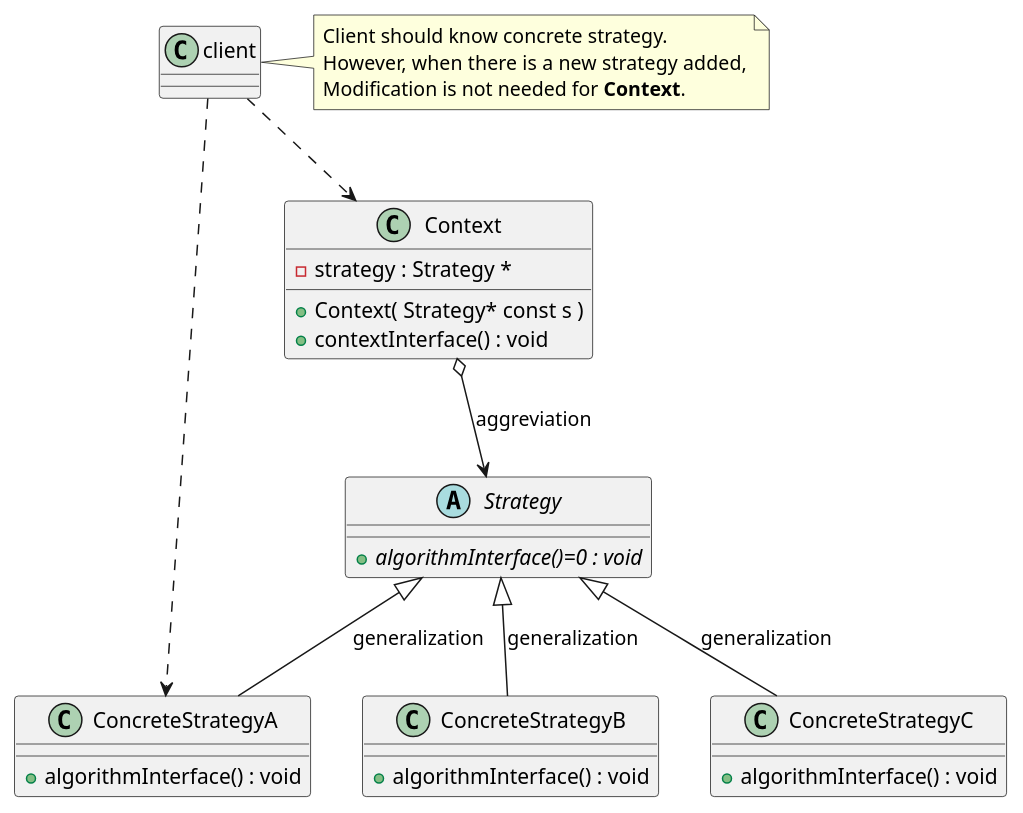
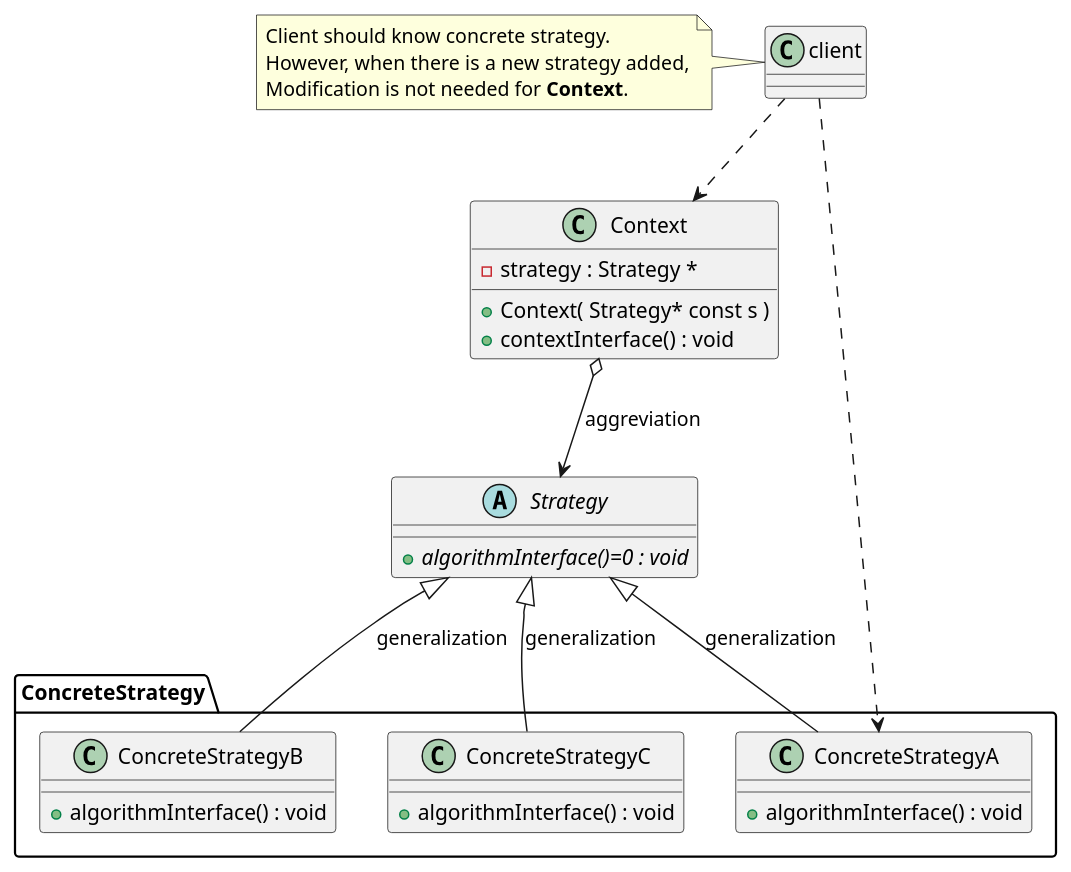
Before and after one commit to flyingman1991/design-patterns-cpp: the diagram in strategy/StrategyPattern.puml, drawn with PlantUML. The commit also changed 5 other files, not shown here.

```diff
--- a/strategy/StrategyPattern.puml
+++ b/strategy/StrategyPattern.puml
@@ -1,42 +1,44 @@
 @startuml StrategyPattern
 
 skinparam BackgroundColor transparent
 
 abstract Strategy {
     + {abstract} algorithmInterface()=0 : void
 }
 
-class ConcreteStrategyA {
+package ConcreteStrategy {
+    class ConcreteStrategyA {
     + algorithmInterface() : void
 }
 
-class ConcreteStrategyB {
-    + algorithmInterface() : void
-}
+    class ConcreteStrategyB {
+        + algorithmInterface() : void
+    }
 
-class ConcreteStrategyC {
-    + algorithmInterface() : void
+    class ConcreteStrategyC {
+        + algorithmInterface() : void
+    }
 }
 
 ConcreteStrategyA -up-|> Strategy : generalization
 ConcreteStrategyB -up-|> Strategy : generalization
 ConcreteStrategyC -up-|> Strategy : generalization
 
 class Context {
     + Context( Strategy* const s )
     + contextInterface() : void
     - strategy : Strategy *
 }
 
 Context o--> Strategy : aggreviation
 
 client ..> Context
 client ..> ConcreteStrategyA
 
-note right of client
+note left of client
     Client should know concrete strategy.
     However, when there is a new strategy added,
     Modification is not needed for <b>Context</b>.
 end note
 
 @enduml
```
